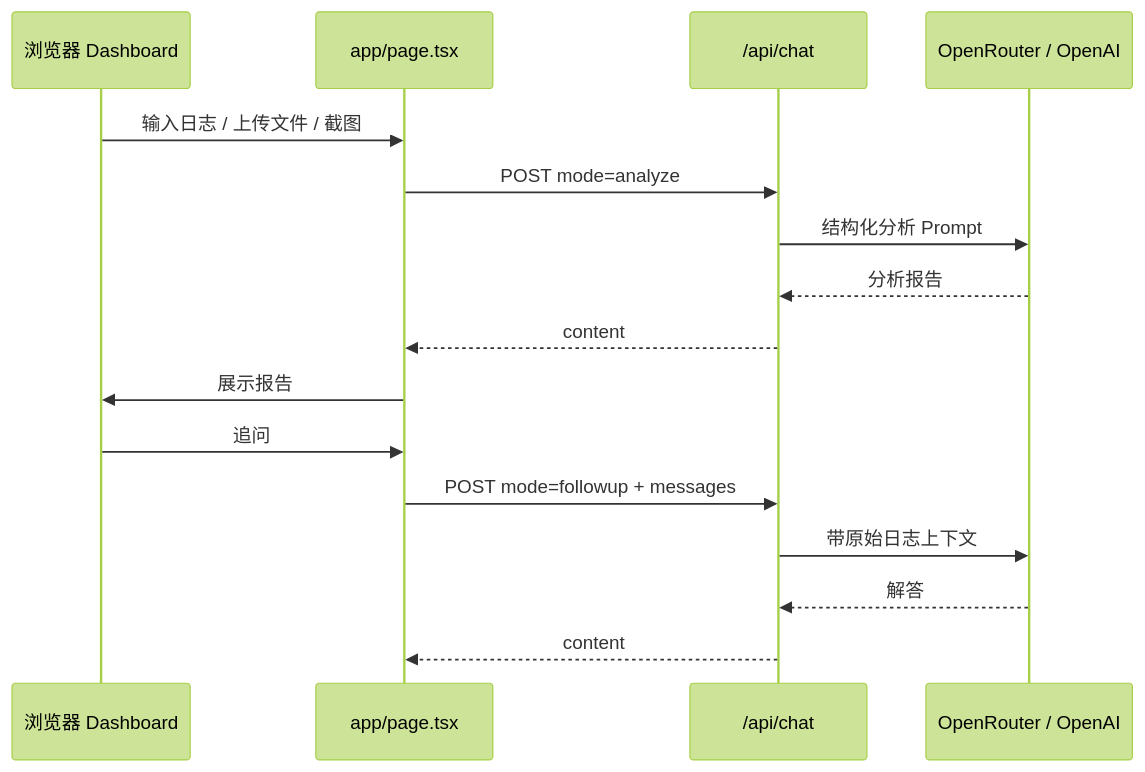
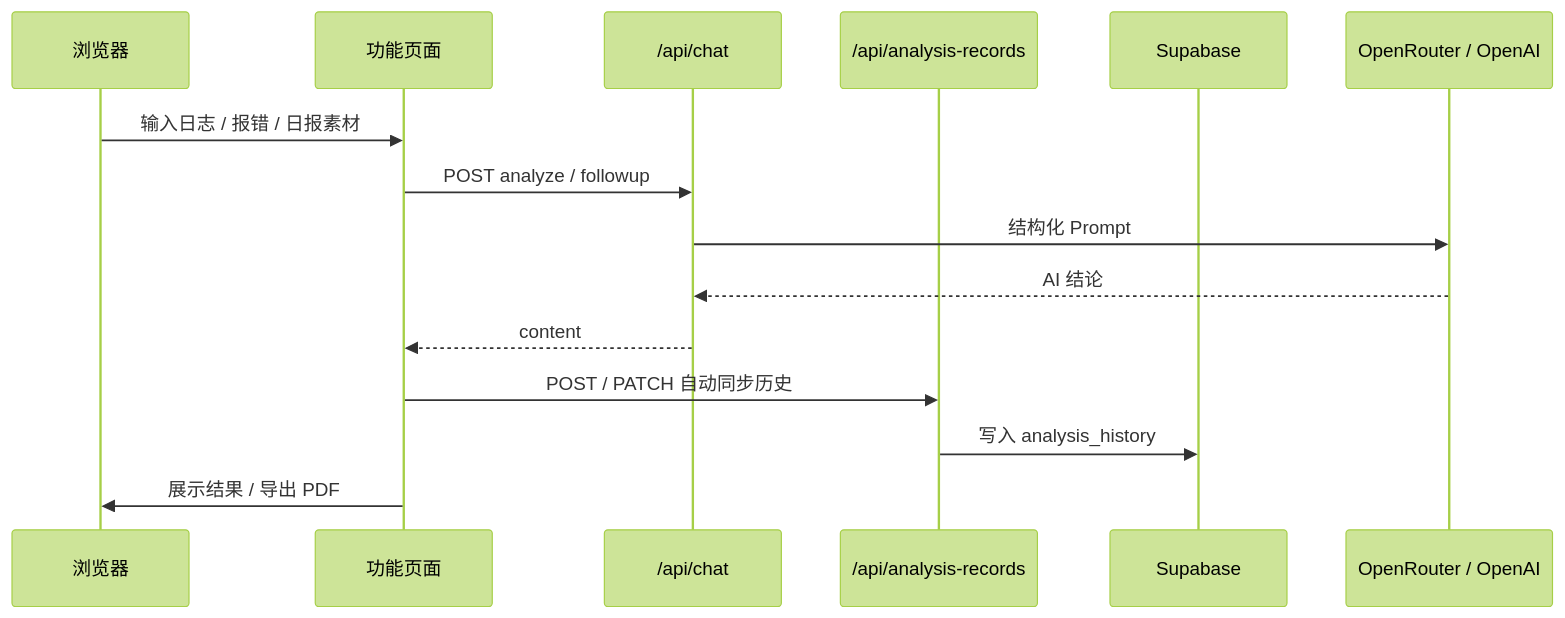
Before and after one commit to alongAox/ai-ops-toolkit: the diagram in README.md, drawn with Mermaid (forest theme). The commit also changed other lines of this file and 8 other files, not shown here.

````diff
--- a/README.md
+++ b/README.md
@@ -51,20 +67,18 @@
 ```mermaid
 sequenceDiagram
-  participant U as 浏览器 Dashboard
-  participant P as app/page.tsx
-  participant A as /api/chat
+  participant U as 浏览器
+  participant P as 功能页面
+  participant C as /api/chat
+  participant R as /api/analysis-records
+  participant S as Supabase
   participant AI as OpenRouter / OpenAI
 
-  U->>P: 输入日志 / 上传文件 / 截图
-  P->>A: POST mode=analyze
-  A->>AI: 结构化分析 Prompt
-  AI-->>A: 分析报告
-  A-->>P: content
-  P->>U: 展示报告
-
-  U->>P: 追问
-  P->>A: POST mode=followup + messages
-  A->>AI: 带原始日志上下文
-  AI-->>A: 解答
-  A-->>P: content
+  U->>P: 输入日志 / 报错 / 日报素材
+  P->>C: POST analyze / followup
+  C->>AI: 结构化 Prompt
+  AI-->>C: AI 结论
+  C-->>P: content
+  P->>R: POST / PATCH 自动同步历史
+  R->>S: 写入 analysis_history
+  P->>U: 展示结果 / 导出 PDF
 ```
````
